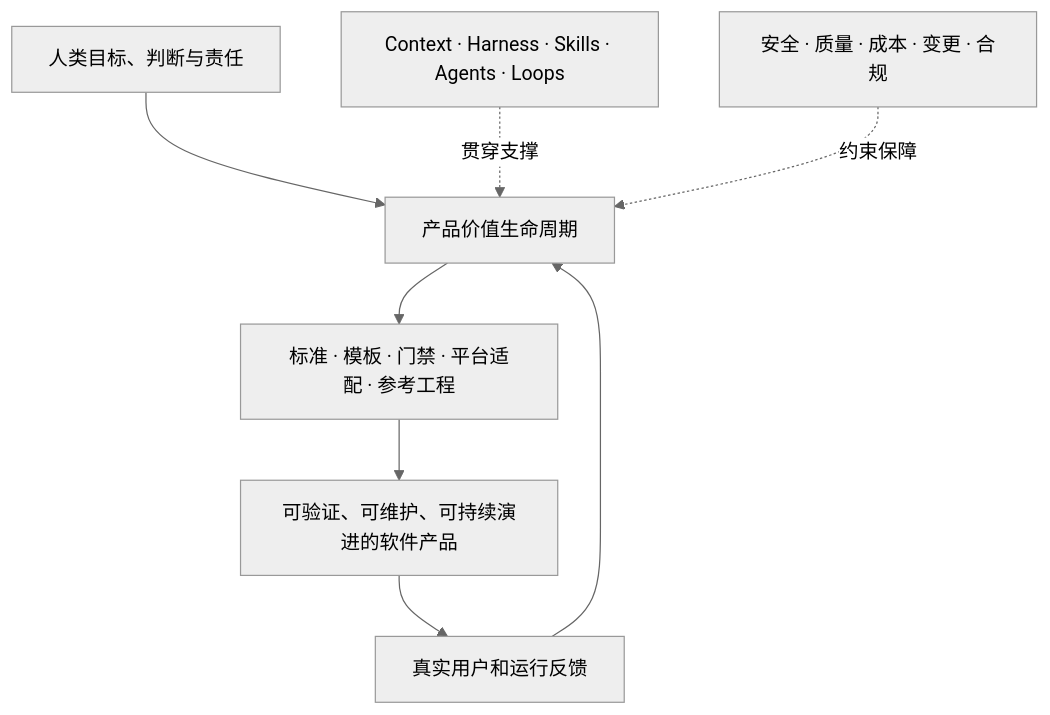
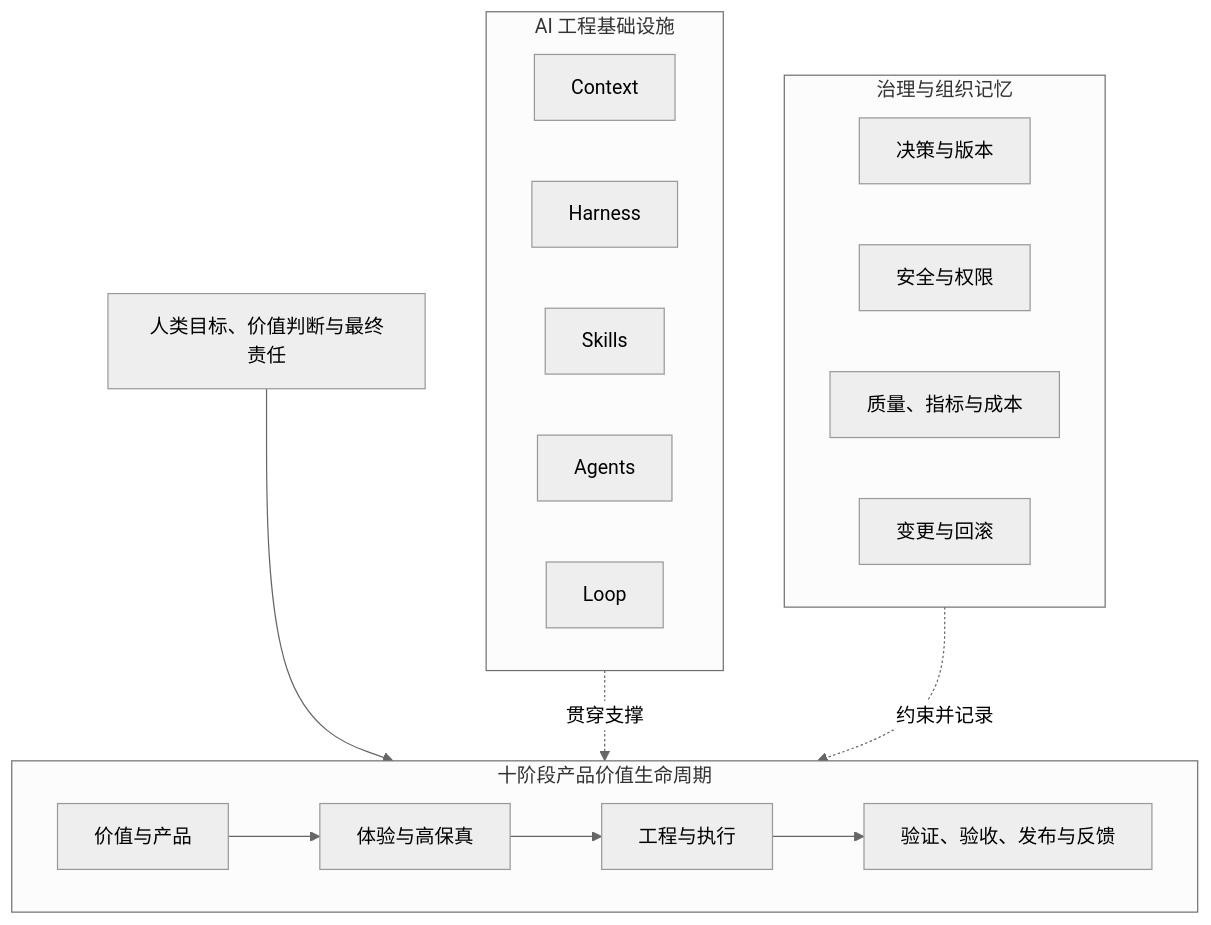
Before and after one commit to zhidao-studio/ai-product-engineering-framework: the diagram in 01_框架定义/README结构规范.md, drawn with Mermaid (neutral theme). The commit also changed other lines of this file, not shown here.

````diff
--- a/01_框架定义/README结构规范.md
+++ b/01_框架定义/README结构规范.md
@@ -144,11 +114,29 @@
 ```mermaid
 flowchart TB
-    H[人类目标、判断与责任]
-    H --> L[产品价值生命周期]
-    I[Context · Harness · Skills · Agents · Loops] -.贯穿支撑.-> L
-    G[安全 · 质量 · 成本 · 变更 · 合规] -.约束保障.-> L
-    L --> A[标准 · 模板 · 门禁 · 平台适配 · 参考工程]
-    A --> P[可验证、可维护、可持续演进的软件产品]
-    P --> F[真实用户和运行反馈]
-    F --> L
+    H[人类目标、价值判断与最终责任]
+
+    subgraph L[十阶段产品价值生命周期]
+        L1[价值与产品] --> L2[体验与高保真]
+        L2 --> L3[工程与执行]
+        L3 --> L4[验证、验收、发布与反馈]
+    end
+
+    subgraph I[AI 工程基础设施]
+        I1[Context]
+        I2[Harness]
+        I3[Skills]
+        I4[Agents]
+        I5[Loop]
+    end
+
+    subgraph G[治理与组织记忆]
+        G1[决策与版本]
+        G2[安全与权限]
+        G3[质量、指标与成本]
+        G4[变更与回滚]
+    end
+
+    H --> L
+    I -.贯穿支撑.-> L
+    G -.约束并记录.-> L
 ```
````
